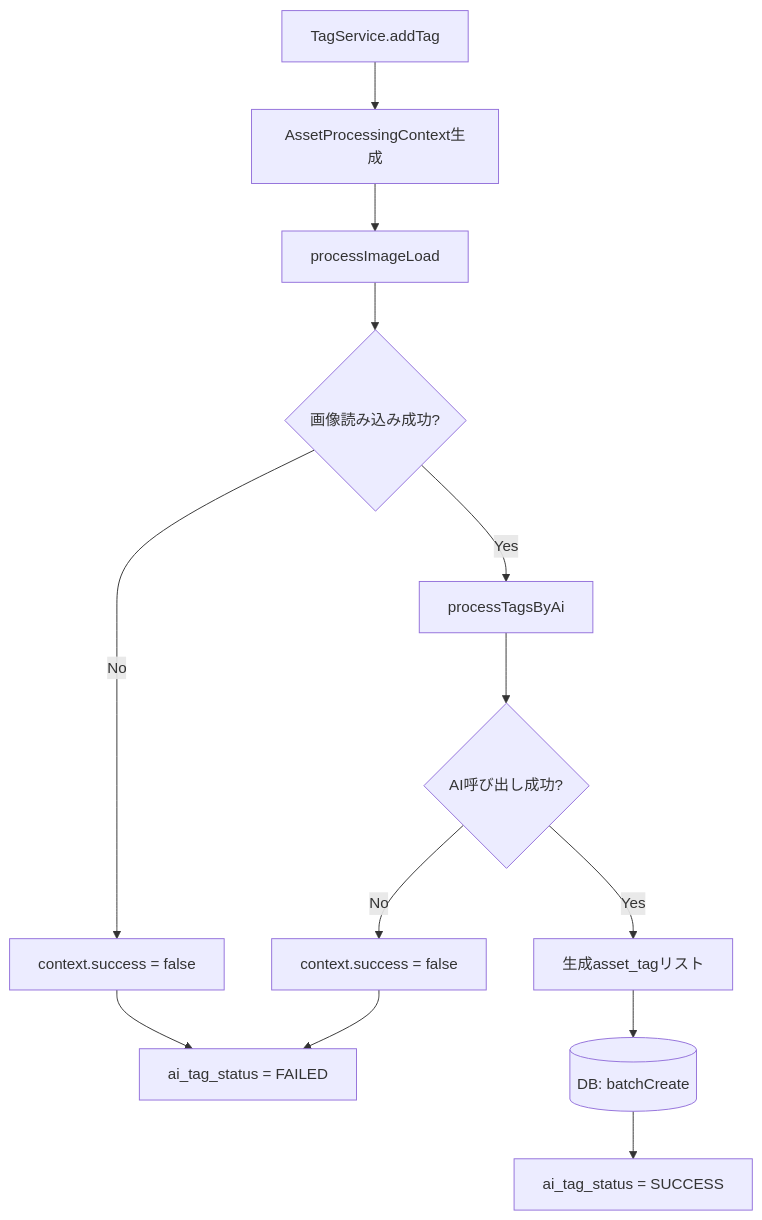
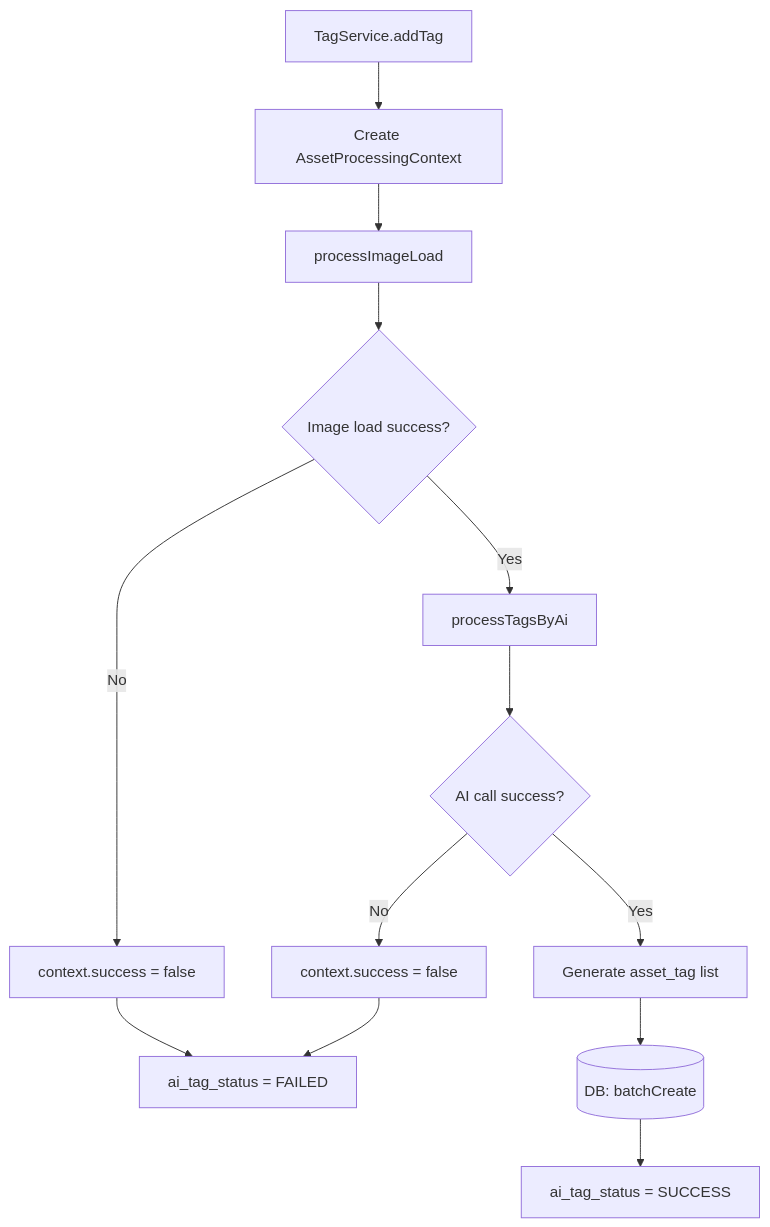
Before and after one commit to joshaken/digital-assets-management-service: the second of 4 diagrams in README.md, drawn with Mermaid. The commit also changed other lines of this file and 1 other file, not shown here.

````diff
--- a/README.md
+++ b/README.md
@@ -82,15 +83,15 @@
 ```mermaid
 flowchart TD
-    A[TagService.addTag] --> B[AssetProcessingContext生成]
+    A[TagService.addTag] --> B[Create AssetProcessingContext]
     B --> C[processImageLoad]
-    C --> D{画像読み込み成功?}
+    C --> D{Image load success?}
     D -->|No| E[context.success = false]
     E --> F[ai_tag_status = FAILED]
     D -->|Yes| G[processTagsByAi]
-    G --> H{AI呼び出し成功?}
+    G --> H{AI call success?}
     H -->|No| I[context.success = false]
     I --> F
-    H -->|Yes| J[生成asset_tagリスト]
+    H -->|Yes| J[Generate asset_tag list]
     J --> K[(DB: batchCreate)]
     K --> L[ai_tag_status = SUCCESS]
 ```
````
